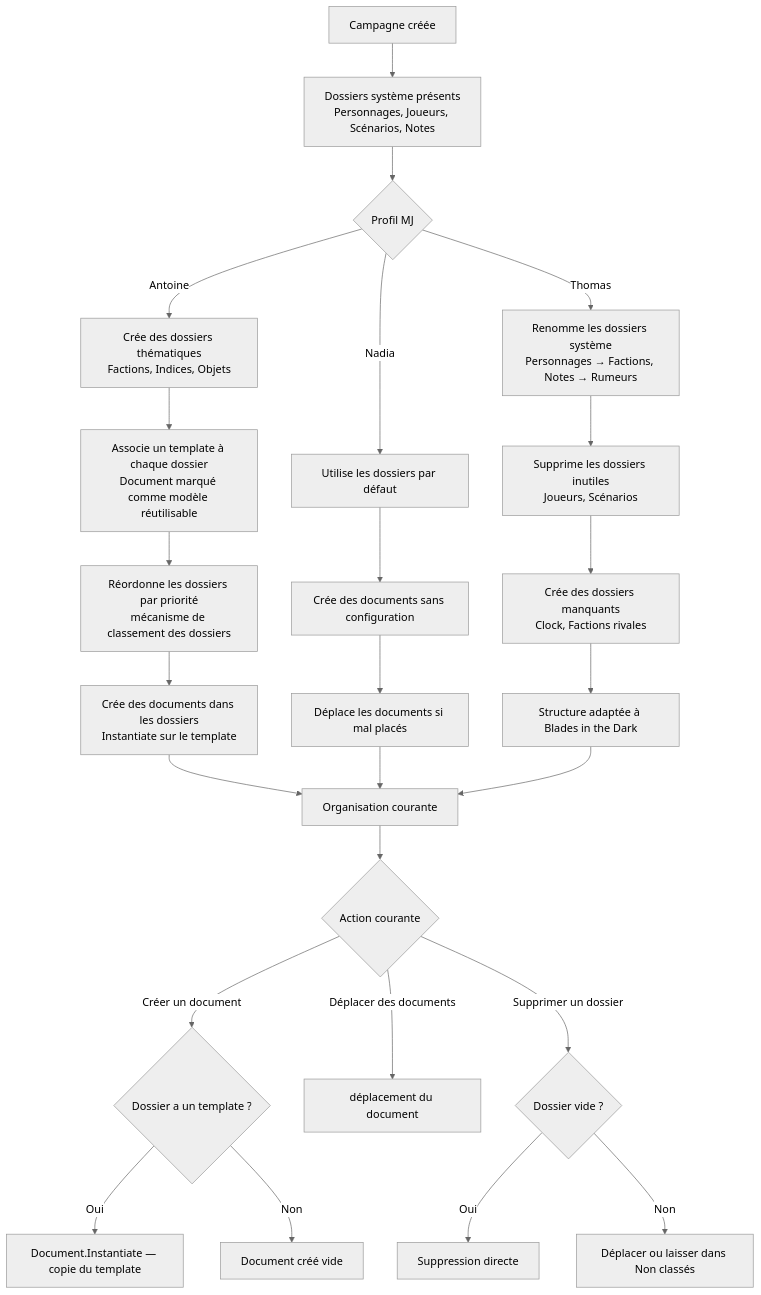
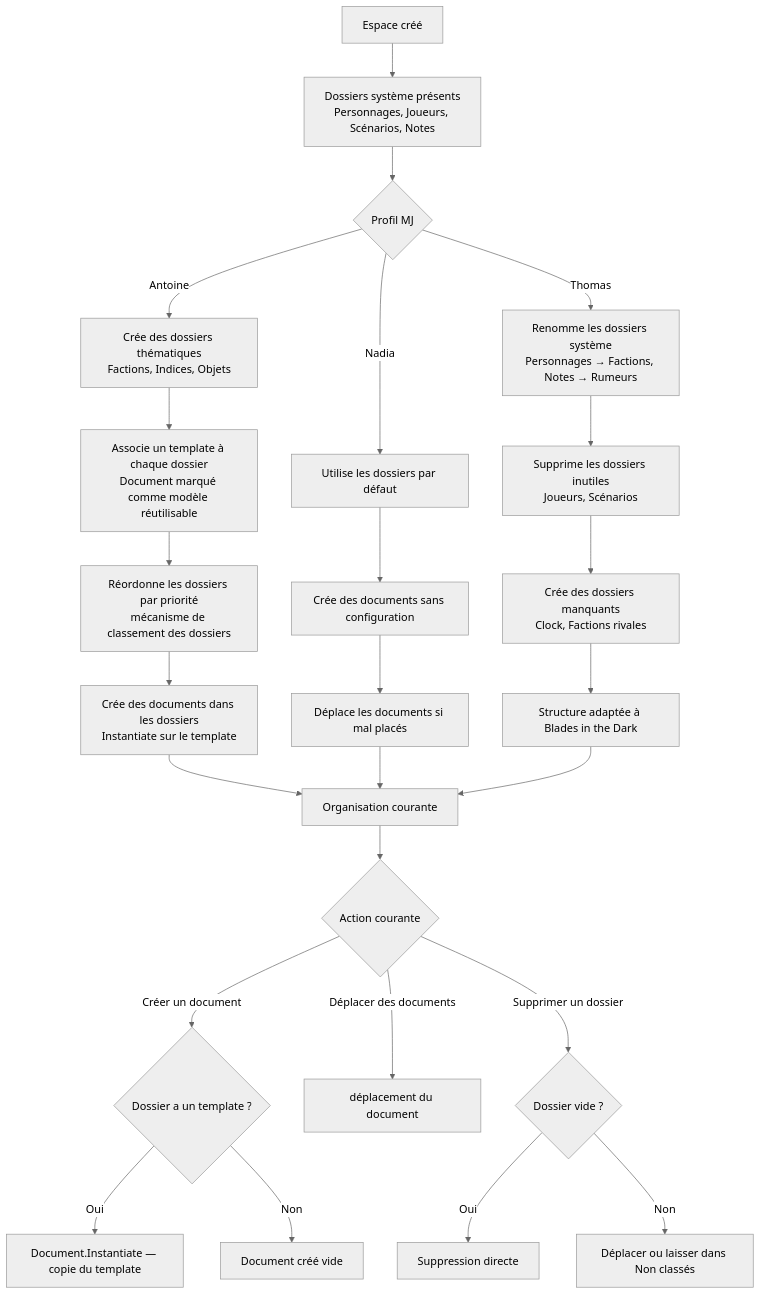
One commit to 2025-10-CDA-ECO-P6/PM-micro-saas changed the second of 2 diagrams in docs/conception/besoin/user-journeys/UJ-UC-05-organiser-contenu-dossiers.md. Above: the diagram before and after it, drawn with Mermaid (neutral theme). The commit also changed other lines of this file and 140 other files, not shown here.

````diff
--- a/docs/conception/besoin/user-journeys/UJ-UC-05-organiser-contenu-dossiers.md
+++ b/docs/conception/besoin/user-journeys/UJ-UC-05-organiser-contenu-dossiers.md
@@ -42,32 +42,32 @@
 ```mermaid
 flowchart TD
-    A[Campagne créée] --> B[Dossiers système présents\nPersonnages, Joueurs, Scénarios, Notes]
+    A[Espace créé] --> B[Dossiers système présents\nPersonnages, Joueurs, Scénarios, Notes]
     B --> C{Profil MJ}
 
     C -->|Antoine| D[Crée des dossiers thématiques\nFactions, Indices, Objets]
     D --> E[Associe un template à chaque dossier\nDocument marqué comme modèle réutilisable]
     E --> F[Réordonne les dossiers par priorité\nmécanisme de classement des dossiers]
     F --> G[Crée des documents dans les dossiers\nInstantiate sur le template]
 
     C -->|Nadia| H[Utilise les dossiers par défaut]
     H --> I[Crée des documents sans configuration]
     I --> J[Déplace les documents si mal placés]
 
     C -->|Thomas| K[Renomme les dossiers système\nPersonnages → Factions, Notes → Rumeurs]
     K --> L[Supprime les dossiers inutiles\nJoueurs, Scénarios]
     L --> M[Crée des dossiers manquants\nClock, Factions rivales]
     M --> N[Structure adaptée à Blades in the Dark]
 
     G --> O[Organisation courante]
     J --> O
     N --> O
 
     O --> P{Action courante}
     P -->|Créer un document| Q{Dossier a un template ?}
     Q -->|Oui| R[Document.Instantiate — copie du template]
     Q -->|Non| S[Document créé vide]
     P -->|Déplacer des documents| T[déplacement du document]
     P -->|Supprimer un dossier| U{Dossier vide ?}
     U -->|Oui| V[Suppression directe]
     U -->|Non| W[Déplacer ou laisser dans Non classés]
 ```
````
